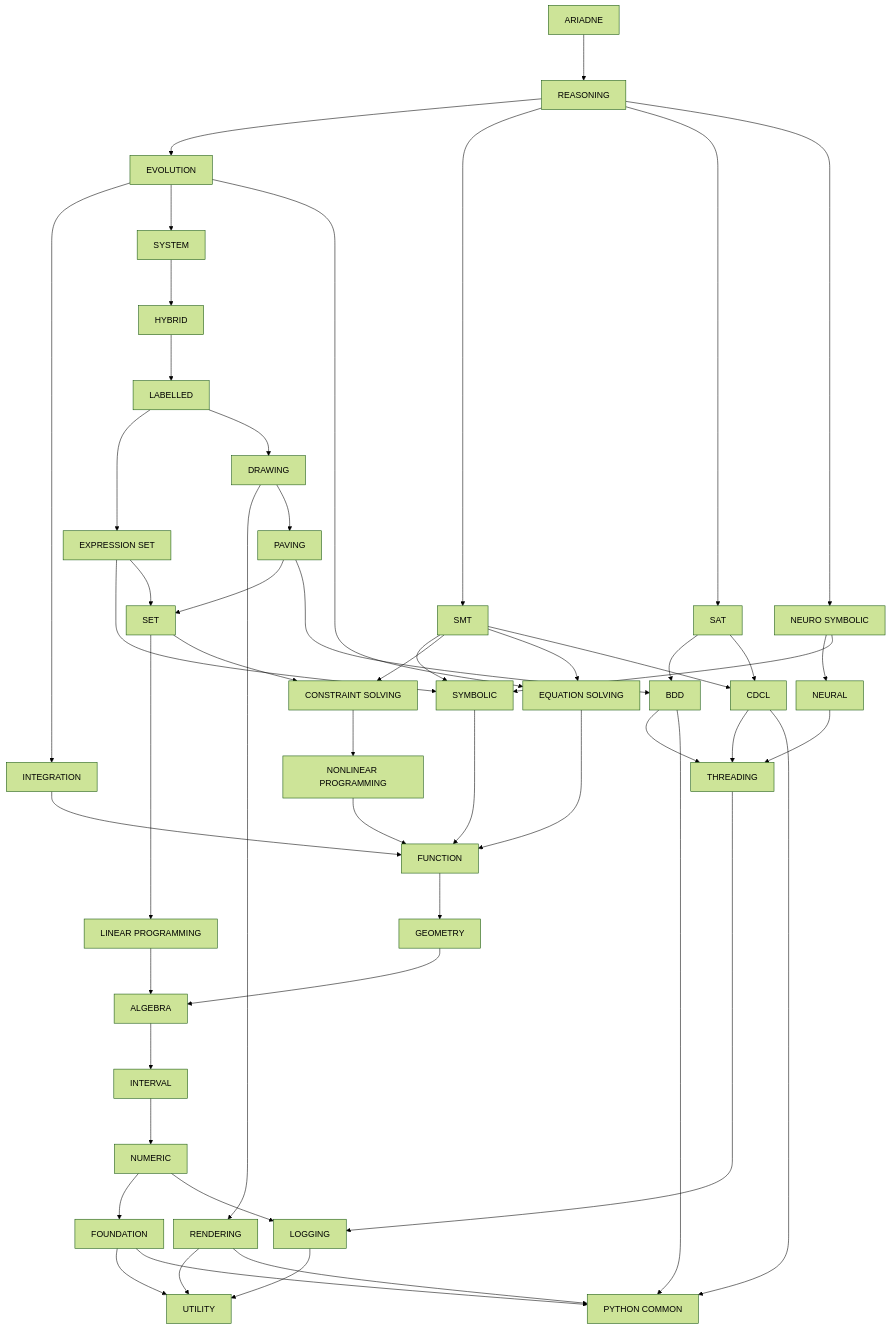
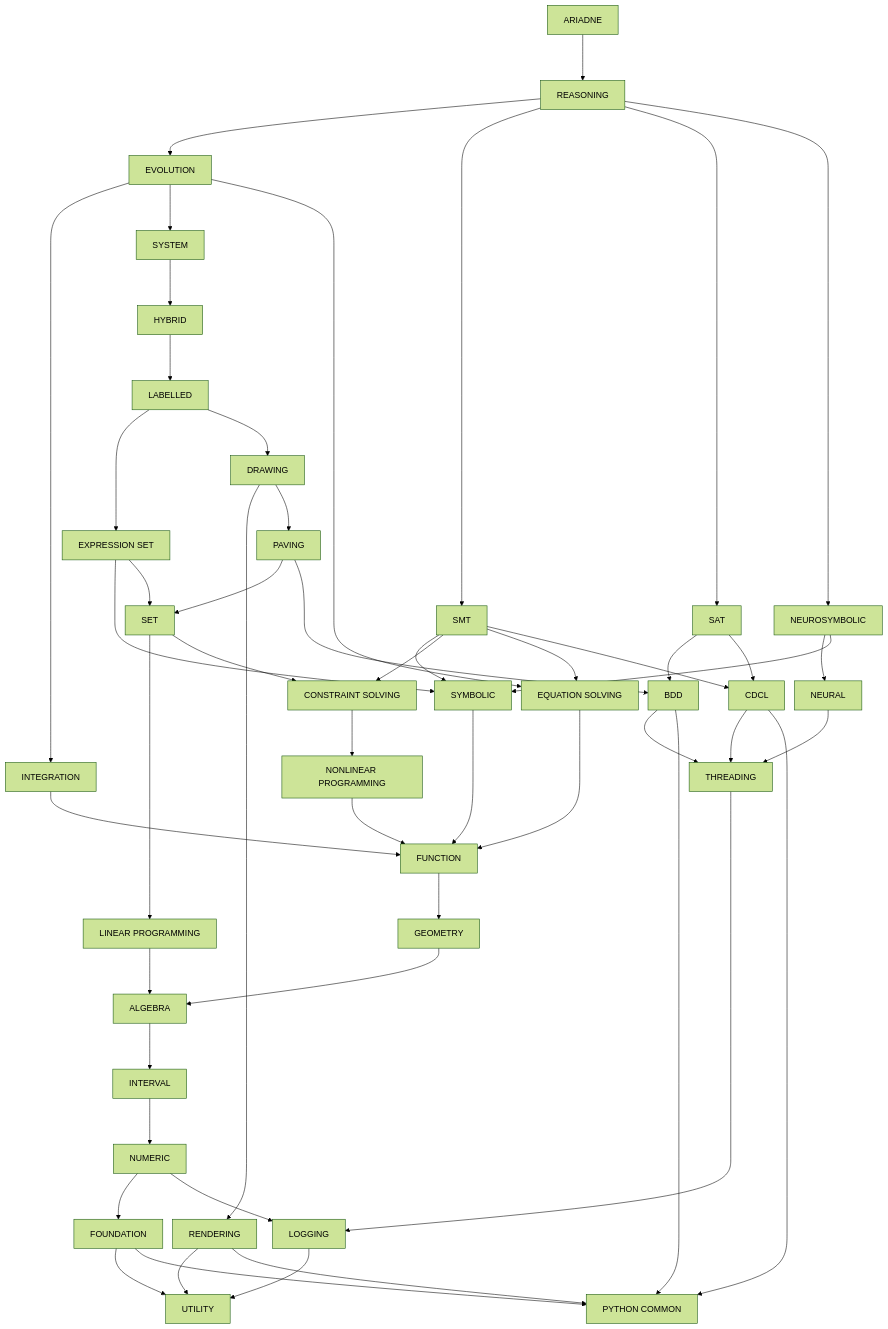
Before and after one commit to ariadne-cps/ariadne: the diagram in doc/structure.md, drawn with Mermaid (forest theme). The commit also changed other lines of this file, not shown here.

Commit message:
docs: rename neuro-symbolic to neurosymbolic in structure

```diff
--- a/doc/structure.md
+++ b/doc/structure.md
@@ -18,7 +18,7 @@
     expression_set["EXPRESSION SET"]
     paving["PAVING"]
     set["SET"]
-    neuro_symbolic["NEURO SYMBOLIC"]
+    neurosymbolic["NEUROSYMBOLIC"]
     neural["NEURAL"]
     symbolic["SYMBOLIC"]
     constraint_solving["CONSTRAINT SOLVING"]
@@ -43,9 +43,9 @@
     reasoning --> evolution
     reasoning --> smt
     reasoning --> sat
-    reasoning --> neuro_symbolic
-    neuro_symbolic --> neural
-    neuro_symbolic --> symbolic
+    reasoning --> neurosymbolic
+    neurosymbolic --> neural
+    neurosymbolic --> symbolic
     neural --> threading
     evolution --> integration
     evolution --> system
```
